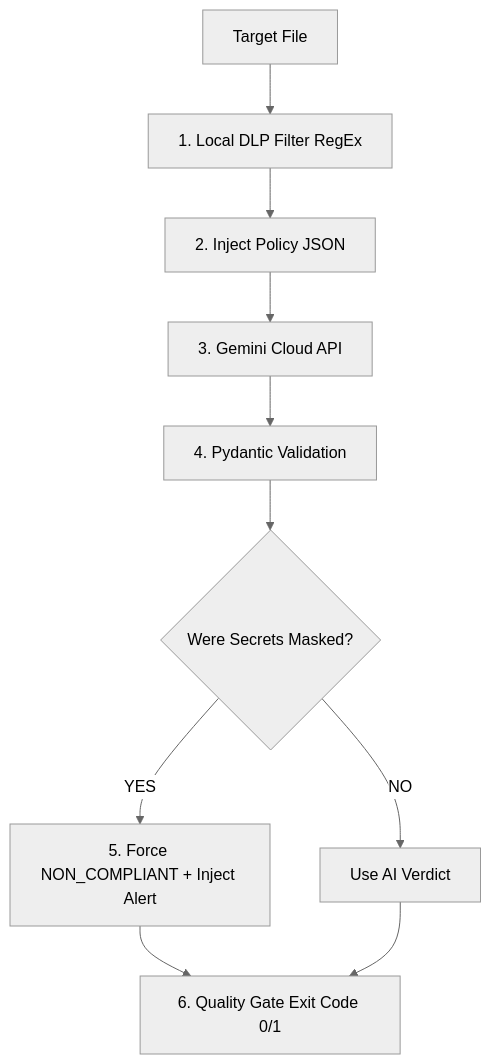
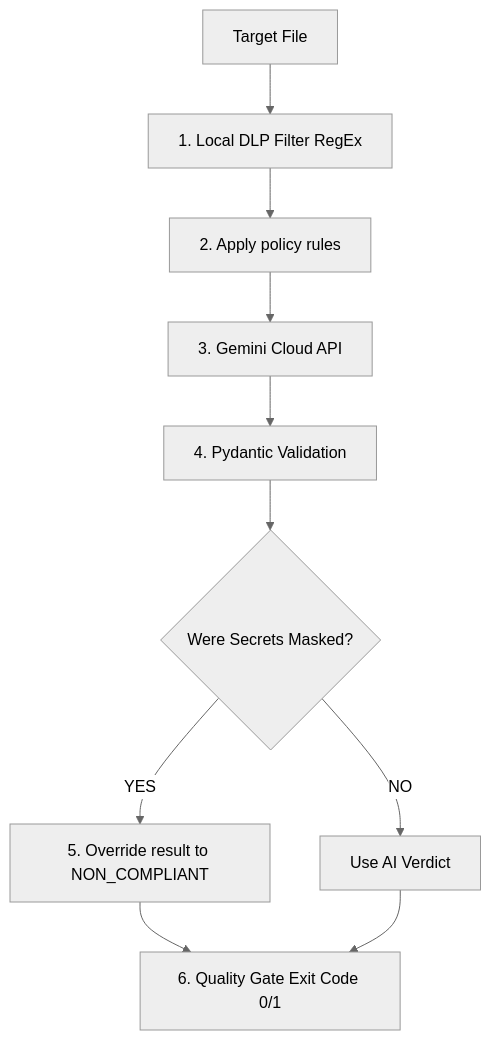
One commit to Bronski05/ai-security-pipeline-guard changed the diagram in README.md. Above: the diagram before and after it, drawn with Mermaid (neutral theme). The commit also changed other lines of this file, not shown here.

````diff
--- a/README.md
+++ b/README.md
@@ -9,14 +11,14 @@
 ```mermaid
 graph TD
     A[Target File] --> B[1. Local DLP Filter RegEx]
-    B --> C[2. Inject Policy JSON]
+    B --> C[2. Apply policy rules]
     C --> D[3. Gemini Cloud API]
     D --> E[4. Pydantic Validation]
     E --> F{Were Secrets Masked?}
     
-    F -- YES --> G[5. Force NON_COMPLIANT + Inject Alert]
+    F -- YES --> G[5. Override result to NON_COMPLIANT]
     F -- NO --> H[Use AI Verdict]
     
     G --> I[6. Quality Gate Exit Code 0/1]
     H --> I
 ```
````
